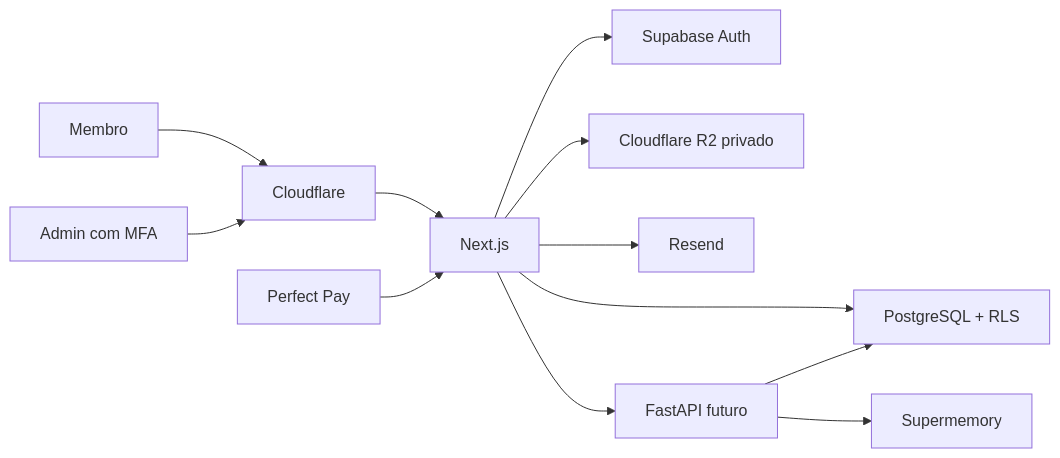
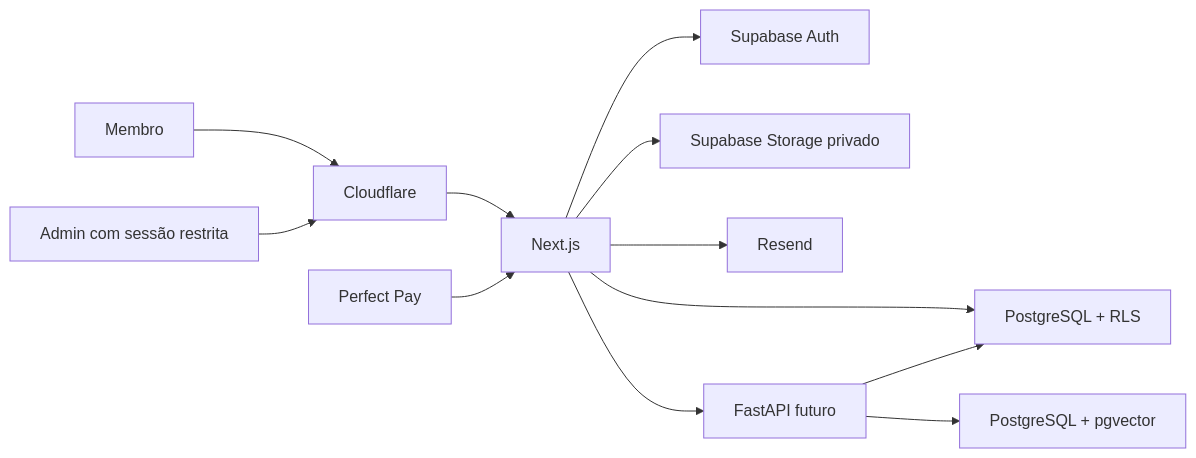
The first of 2 diagrams in docs/SYSTEM-DESIGN.md (verticalpartnersai-sketch/haz-que-vuelva-lw-dr), drawn with Mermaid before and after one commit. The commit also changed other lines of this file and 141 other files, not shown here.

````diff
--- a/docs/SYSTEM-DESIGN.md
+++ b/docs/SYSTEM-DESIGN.md
@@ -11,14 +10,14 @@
 ```mermaid
 flowchart LR
   Member["Membro"] --> Edge["Cloudflare"]
-  Admin["Admin com MFA"] --> Edge
+  Admin["Admin com sessão restrita"] --> Edge
   Edge --> Web["Next.js"]
   Web --> Auth["Supabase Auth"]
   Web --> DB["PostgreSQL + RLS"]
-  Web --> Files["Cloudflare R2 privado"]
+  Web --> Files["Supabase Storage privado"]
   Web --> Email["Resend"]
   PerfectPay["Perfect Pay"] --> Web
   Web --> Agent["FastAPI futuro"]
-  Agent --> Memory["Supermemory"]
+  Agent --> Memory["PostgreSQL + pgvector"]
   Agent --> DB
 ```
````
